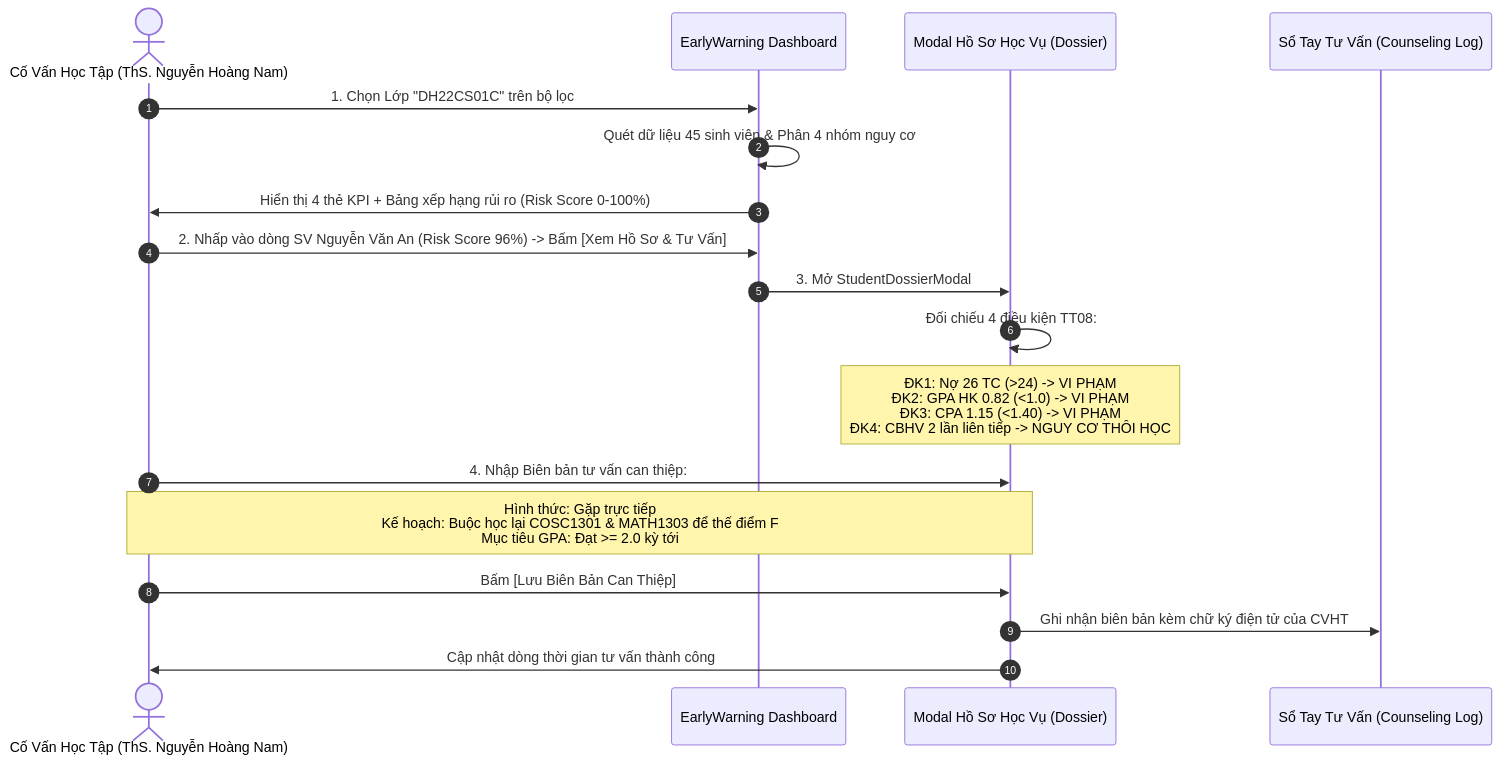
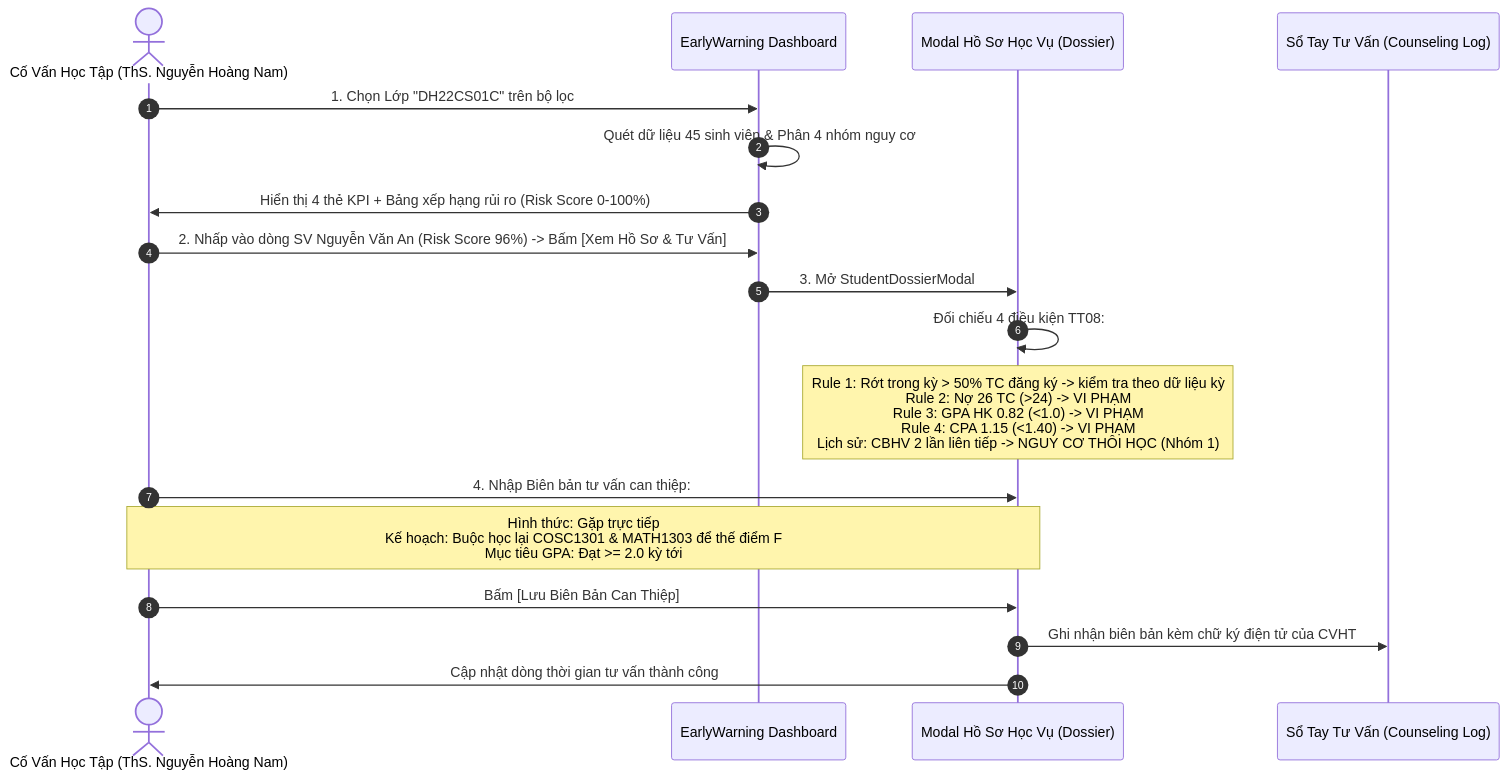
One commit to legiahan2705/Project-EduAlert changed the second of 2 diagrams in docs/user_stories/US-04_Giam_Sat_Lop_Hoc_Va_Canh_Bao_Som.md. Above: the diagram before and after it, drawn with Mermaid. The commit also changed other lines of this file and 8 other files, not shown here.

````diff
--- a/docs/user_stories/US-04_Giam_Sat_Lop_Hoc_Va_Canh_Bao_Som.md
+++ b/docs/user_stories/US-04_Giam_Sat_Lop_Hoc_Va_Canh_Bao_Som.md
@@ -67,23 +67,23 @@
 ```mermaid
 sequenceDiagram
     autonumber
     actor CV as Cố Vấn Học Tập (ThS. Nguyễn Hoàng Nam)
     participant UI as EarlyWarning Dashboard
     participant DOS as Modal Hồ Sơ Học Vụ (Dossier)
     participant LOG as Sổ Tay Tư Vấn (Counseling Log)
 
     CV->>UI: 1. Chọn Lớp "DH22CS01C" trên bộ lọc
     UI->>UI: Quét dữ liệu 45 sinh viên & Phân 4 nhóm nguy cơ
     UI->>CV: Hiển thị 4 thẻ KPI + Bảng xếp hạng rủi ro (Risk Score 0-100%)
     
     CV->>UI: 2. Nhấp vào dòng SV Nguyễn Văn An (Risk Score 96%) -> Bấm [Xem Hồ Sơ & Tư Vấn]
     UI->>DOS: 3. Mở StudentDossierModal
     DOS->>DOS: Đối chiếu 4 điều kiện TT08:
-    note over DOS: ĐK1: Nợ 26 TC (>24) -> VI PHẠM<br/>ĐK2: GPA HK 0.82 (<1.0) -> VI PHẠM<br/>ĐK3: CPA 1.15 (<1.40) -> VI PHẠM<br/>ĐK4: CBHV 2 lần liên tiếp -> NGUY CƠ THÔI HỌC
+    note over DOS: Rule 1: Rớt trong kỳ > 50% TC đăng ký -> kiểm tra theo dữ liệu kỳ<br/>Rule 2: Nợ 26 TC (>24) -> VI PHẠM<br/>Rule 3: GPA HK 0.82 (<1.0) -> VI PHẠM<br/>Rule 4: CPA 1.15 (<1.40) -> VI PHẠM<br/>Lịch sử: CBHV 2 lần liên tiếp -> NGUY CƠ THÔI HỌC (Nhóm 1)
     
     CV->>DOS: 4. Nhập Biên bản tư vấn can thiệp:
     note over CV,DOS: Hình thức: Gặp trực tiếp<br/>Kế hoạch: Buộc học lại COSC1301 & MATH1303 để thế điểm F<br/>Mục tiêu GPA: Đạt >= 2.0 kỳ tới
     CV->>DOS: Bấm [Lưu Biên Bản Can Thiệp]
     DOS->>LOG: Ghi nhận biên bản kèm chữ ký điện tử của CVHT
     DOS->>CV: Cập nhật dòng thời gian tư vấn thành công
 ```
````
